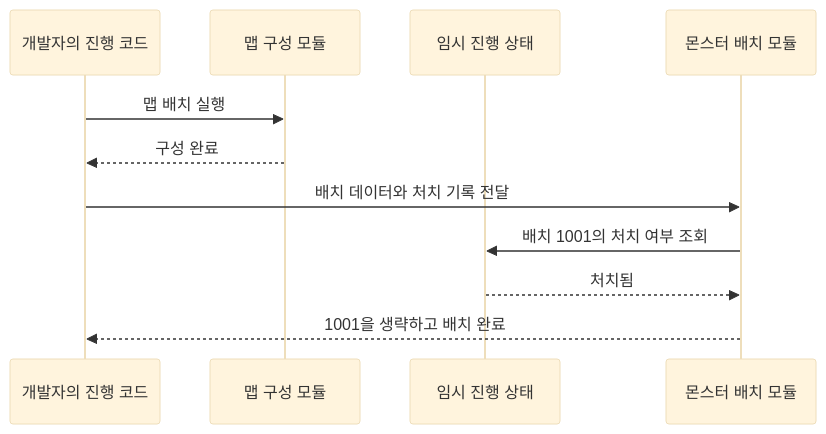
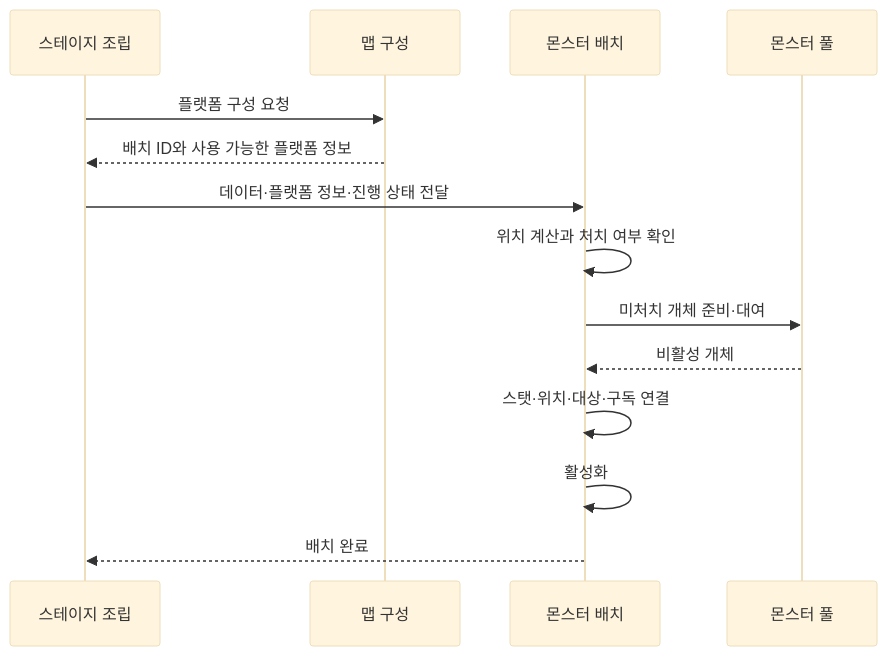
The third of 5 diagrams in Docs/맵 구성과 몬스터 배치 데이터 제안서.md (hyunho9228-web/DataSheet), drawn with Mermaid (base theme) before and after one commit. The commit also changed other lines of this file and 1 other file, not shown here.

````diff
--- a/Docs/맵 구성과 몬스터 배치 데이터 제안서.md
+++ b/Docs/맵 구성과 몬스터 배치 데이터 제안서.md
@@ -223,13 +109,16 @@
 ```mermaid
 sequenceDiagram
-    participant C as 개발자의 진행 코드
-    participant M as 맵 구성 모듈
-    participant P as 임시 진행 상태
-    participant N as 몬스터 배치 모듈
-    C->>M: 맵 배치 실행
-    M-->>C: 구성 완료
-    C->>N: 배치 데이터와 처치 기록 전달
-    N->>P: 배치 1001의 처치 여부 조회
-    P-->>N: 처치됨
-    N-->>C: 1001을 생략하고 배치 완료
+    participant A as 스테이지 조립
+    participant M as 맵 구성
+    participant S as 몬스터 배치
+    participant P as 몬스터 풀
+    A->>M: 플랫폼 구성 요청
+    M-->>A: 배치 ID와 사용 가능한 플랫폼 정보
+    A->>S: 데이터·플랫폼 정보·진행 상태 전달
+    S->>S: 위치 계산과 처치 여부 확인
+    S->>P: 미처치 개체 준비·대여
+    P-->>S: 비활성 개체
+    S->>S: 스탯·위치·대상·구독 연결
+    S->>S: 활성화
+    S-->>A: 배치 완료
 ```
````
